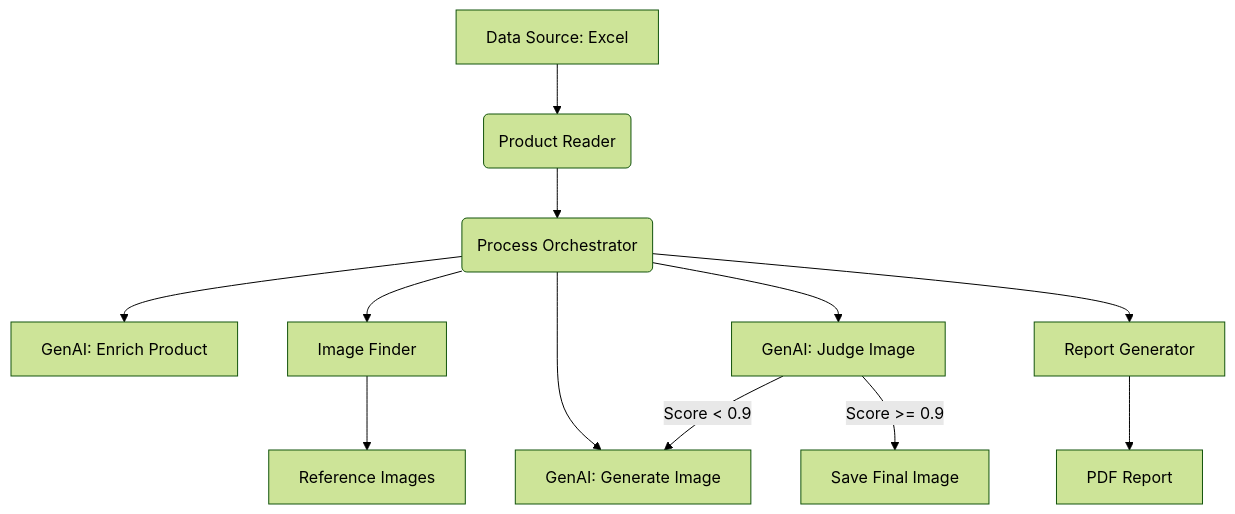
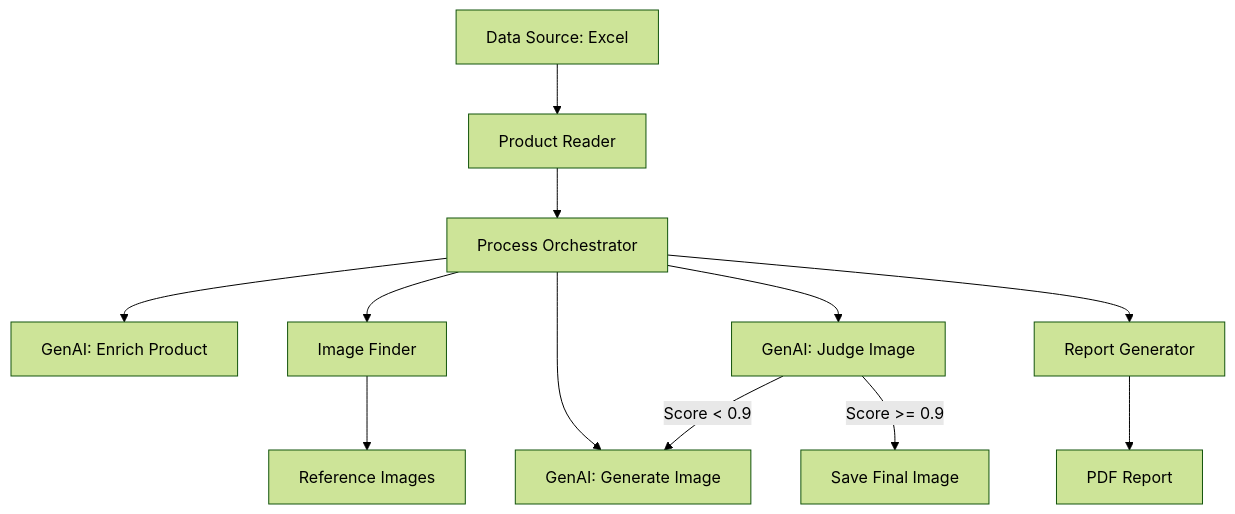
The first of 2 diagrams in docs/pipeline_architecture.md (rrmcguinness/product-gen), drawn with Mermaid (forest theme) before and after one commit. The commit also changed other lines of this file and 19 other files, not shown here.

````diff
--- a/docs/pipeline_architecture.md
+++ b/docs/pipeline_architecture.md
@@ -11,14 +11,14 @@
 ```mermaid
 graph TD
-    A[Data Source: Excel] --> B(Product Reader)
-    B --> C(Process Orchestrator)
-    C --> D[GenAI: Enrich Product]
-    C --> E[Image Finder]
-    E --> F[Reference Images]
-    C --> G[GenAI: Generate Image]
-    C --> H[GenAI: Judge Image]
-    H -->|Score < 0.9| G
-    H -->|Score >= 0.9| I[Save Final Image]
-    C --> J[Report Generator]
-    J --> K[PDF Report]
+    A["Data Source: Excel"] --> B["Product Reader"]
+    B --> C["Process Orchestrator"]
+    C --> D["GenAI: Enrich Product"]
+    C --> E["Image Finder"]
+    E --> F["Reference Images"]
+    C --> G["GenAI: Generate Image"]
+    C --> H["GenAI: Judge Image"]
+    H -->|"Score < 0.9"| G
+    H -->|"Score >= 0.9"| I["Save Final Image"]
+    C --> J["Report Generator"]
+    J --> K["PDF Report"]
 ```
````
